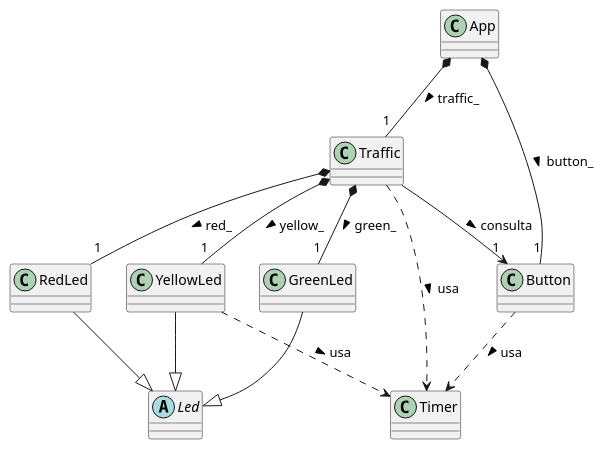
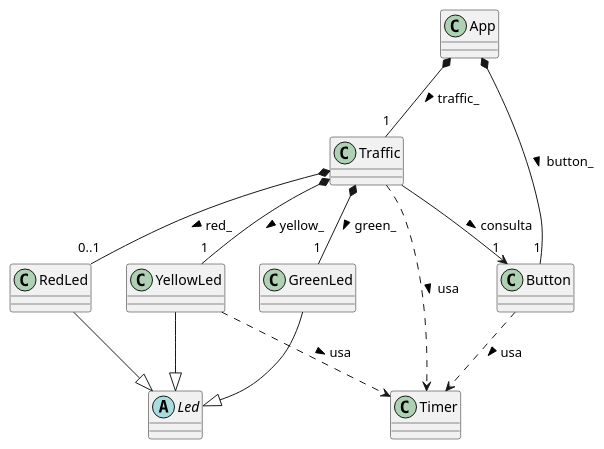
The fifth of 7 diagrams in semaphore/uml/semaphore.puml (pslavkin/isse_cese), drawn with PlantUML before and after one commit. The commit also changed other lines of this file and 22 other files, not shown here.

Commit message:
add uml examples

```diff
--- a/semaphore/uml/semaphore.puml
+++ b/semaphore/uml/semaphore.puml
@@ -229,34 +229,34 @@
 @startuml semaphore5
 
 abstract class Led
 class RedLed
 class YellowLed
 class GreenLed
 class Button
 class Traffic
 class Timer
 class App
 
 ' ── HERENCIA: subclases de Led (triángulo hueco --|>) ─────────────────────
 RedLed    --|> Led
 YellowLed --|> Led
 GreenLed  --|> Led
 
 ' ── COMPOSICIÓN: Traffic posee sus tres LEDs por valor ────────────────────
-Traffic *-- "1" RedLed    : red_ >
+Traffic *-- "0..1" RedLed    : red_ >
 Traffic *-- "1" YellowLed : yellow_ >
 Traffic *-- "1" GreenLed  : green_ >
 
 ' ── COMPOSICIÓN: App posee Button y Traffic ───────────────────────────────
 App *-- "1" Button  : button_ >
 App *-- "1" Traffic : traffic_ >
 
 ' ── ASOCIACIÓN: Traffic consulta el estado del Button ─────────────────────
 Traffic --> "1" Button : consulta >
 
 ' ── DEPENDENCIA: uso transitorio de Timer ─────────────────────────────────
 Button    ..> Timer : usa >
 Traffic   ..> Timer : usa >
 YellowLed ..> Timer : usa >
 
 @enduml
```
